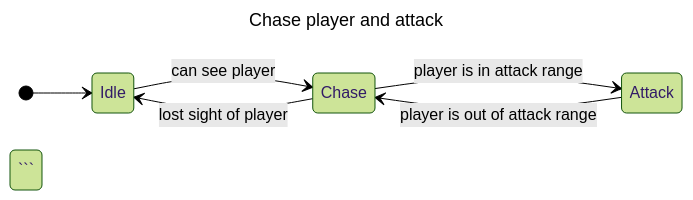
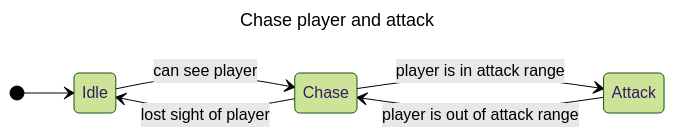
One commit to mugenmelon/mugenmelon.github.io changed the diagram in _posts/1970-01-01-misunderstanding-state-machines.md. Above: the diagram before and after it, drawn with Mermaid (forest theme).

````diff
--- a/_posts/1970-01-01-misunderstanding-state-machines.md
+++ b/_posts/1970-01-01-misunderstanding-state-machines.md
@@ -32,14 +32,13 @@
 <pre class="mermaid">
 ---
 title: Chase player and attack
 ---
 stateDiagram-v2
     direction LR
 
     [*] --> Idle
     Idle --> Chase: can see player
     Chase --> Attack: player is in attack range
     Chase --> Idle: lost sight of player
     Attack --> Chase: player is out of attack range
-```
 </pre>
````
